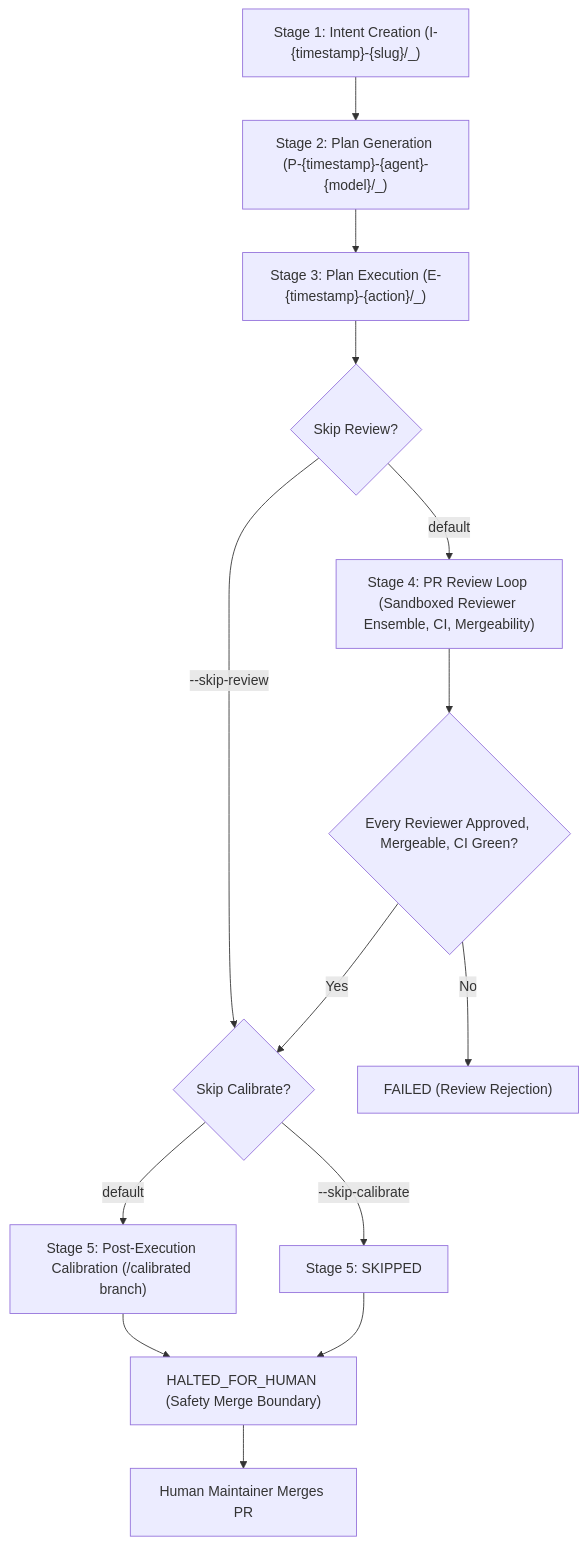
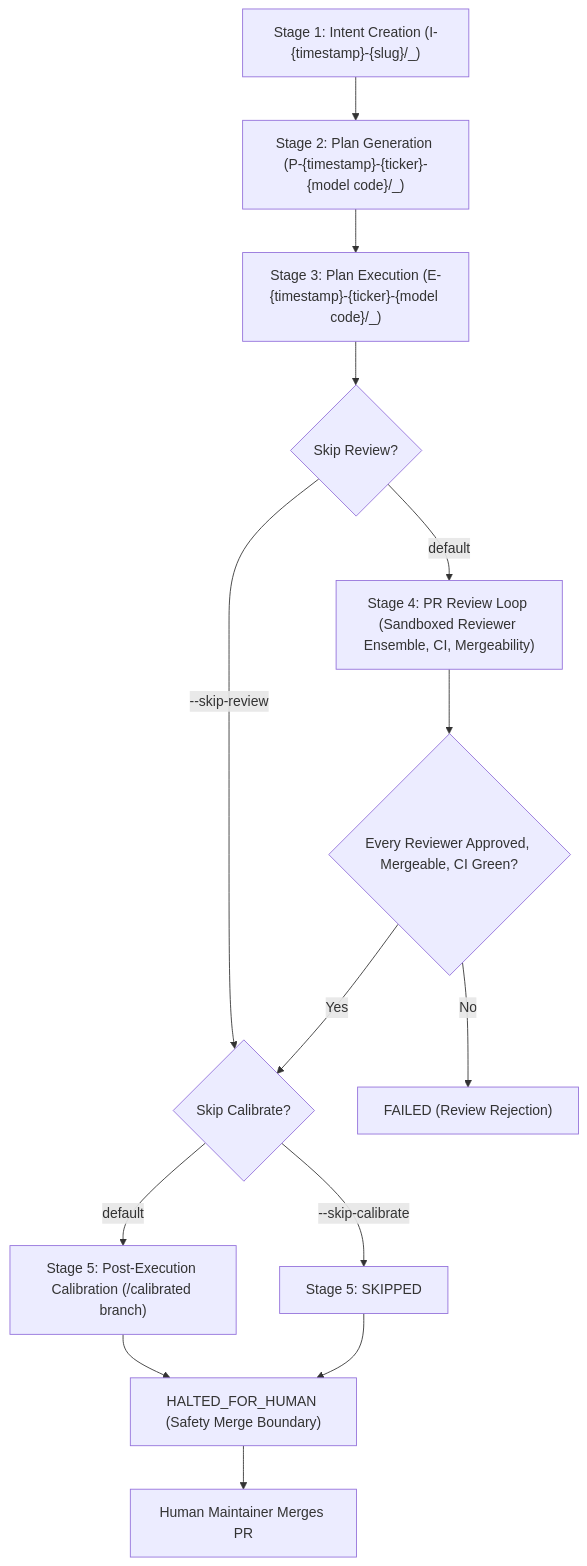
The third of 3 diagrams in README.md (Holon-Agentic-Coder/holon-agentic-coder), drawn with Mermaid before and after one commit. The commit also changed other lines of this file and 50 other files, not shown here.

Commit message:
execute: step 10 documentation sweep to generation-3 names, ticker table and prettier alignment

````diff
--- a/README.md
+++ b/README.md
@@ -868,16 +872,16 @@
 ```mermaid
 flowchart TD
-    S1["Stage 1: Intent Creation (I-{timestamp}-{slug}/_)"] --> S2["Stage 2: Plan Generation (P-{timestamp}-{agent}-{model}/_)"]
-    S2 --> S3["Stage 3: Plan Execution (E-{timestamp}-{action}/_)"]
+    S1["Stage 1: Intent Creation (I-{timestamp}-{slug}/_)"] --> S2["Stage 2: Plan Generation (P-{timestamp}-{ticker}-{model code}/_)"]
+    S2 --> S3["Stage 3: Plan Execution (E-{timestamp}-{ticker}-{model code}/_)"]
     S3 --> C1{"Skip Review?"}
     C1 -- "--skip-review" --> C2{"Skip Calibrate?"}
     C1 -- "default" --> S4["Stage 4: PR Review Loop (Sandboxed Reviewer Ensemble, CI, Mergeability)"]
     S4 --> H1{"Every Reviewer Approved, Mergeable, CI Green?"}
     H1 -- "Yes" --> C2
     H1 -- "No" --> F1["FAILED (Review Rejection)"]
     C2 -- "--skip-calibrate" --> S_SKIP["Stage 5: SKIPPED"]
     C2 -- "default" --> S5["Stage 5: Post-Execution Calibration (/calibrated branch)"]
     S5 --> HALT["HALTED_FOR_HUMAN (Safety Merge Boundary)"]
     S_SKIP --> HALT
     HALT --> DONE["Human Maintainer Merges PR"]
 ```
````
